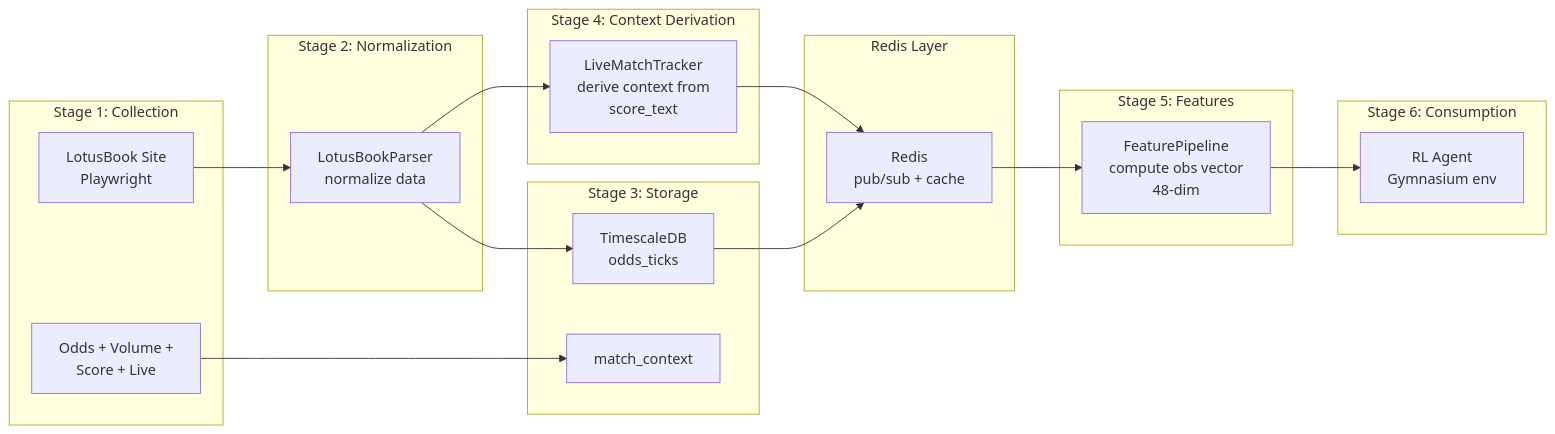
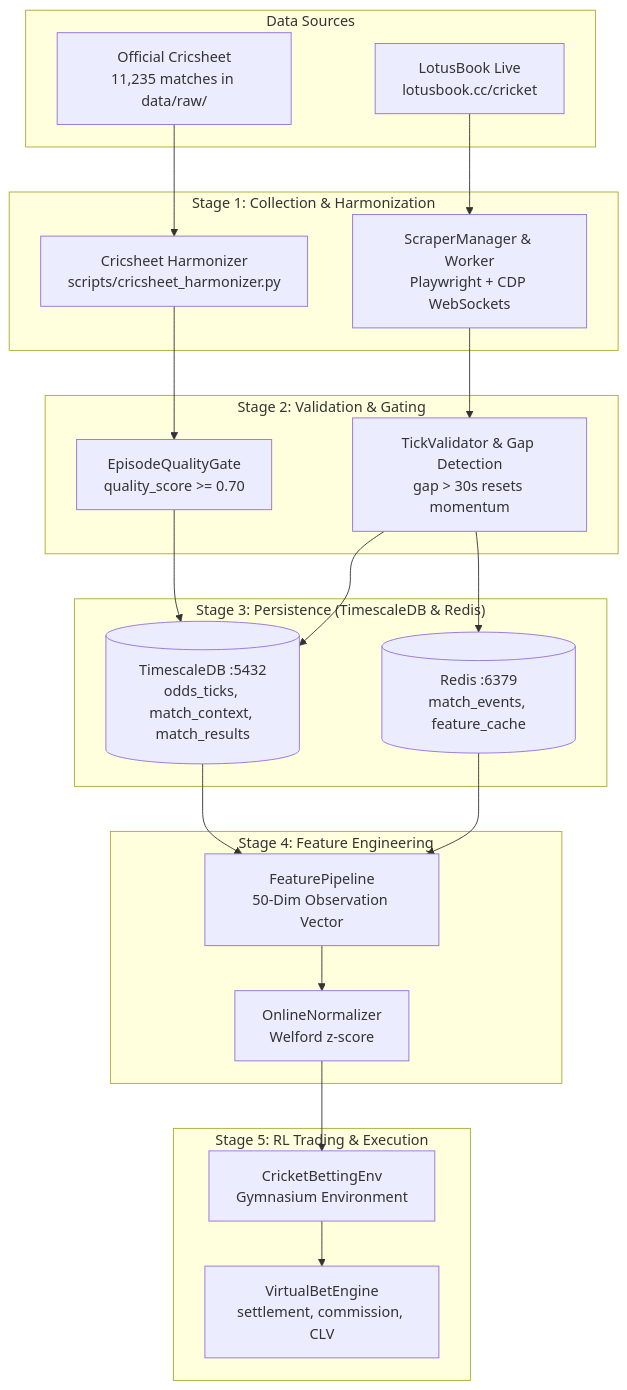
One commit to sohabena/prediction-claude changed the diagram in docs/architecture/03-data-pipeline.md. Above: the diagram before and after it, drawn with Mermaid. The commit also changed other lines of this file and 50 other files, not shown here.

Commit message:
feat(trading): audit and baseline active two-way rate trading pipeline with full docs and UI sync

````diff
--- a/docs/architecture/03-data-pipeline.md
+++ b/docs/architecture/03-data-pipeline.md
@@ -11,41 +13,39 @@
 ```mermaid
-flowchart LR
-    subgraph "Stage 1: Collection"
-        A[LotusBook Site<br/>Playwright]
-        A1[Odds + Volume +<br/>Score + Live]
+flowchart TD
+    subgraph "Data Sources"
+        A[LotusBook Live<br/>lotusbook.cc/cricket]
+        B[Official Cricsheet<br/>11,235 matches in data/raw/]
     end
-    
-    subgraph "Stage 2: Normalization"
-        B[LotusBookParser<br/>normalize data]
+
+    subgraph "Stage 1: Collection & Harmonization"
+        C[ScraperManager & Worker<br/>Playwright + CDP WebSockets]
+        D[Cricsheet Harmonizer<br/>scripts/cricsheet_harmonizer.py]
     end
-    
-    subgraph "Stage 3: Storage"
-        C[TimescaleDB<br/>odds_ticks]
-        C1[match_context]
+
+    subgraph "Stage 2: Validation & Gating"
+        E[EpisodeQualityGate<br/>quality_score >= 0.70]
+        F[TickValidator & Gap Detection<br/>gap > 30s resets momentum]
     end
-    
-    subgraph "Stage 4: Context Derivation"
-        D[LiveMatchTracker<br/>derive context from<br/>score_text]
+
+    subgraph "Stage 3: Persistence (TimescaleDB & Redis)"
+        G[(TimescaleDB :5432<br/>odds_ticks, match_context, match_results)]
+        H[(Redis :6379<br/>match_events, feature_cache)]
     end
-    
-    subgraph "Stage 5: Features"
-        E[FeaturePipeline<br/>compute obs vector<br/>48-dim]
+
+    subgraph "Stage 4: Feature Engineering"
+        I[FeaturePipeline<br/>50-Dim Observation Vector]
+        J[OnlineNormalizer<br/>Welford z-score]
     end
-    
-    subgraph "Stage 6: Consumption"
-        F[RL Agent<br/>Gymnasium env]
+
+    subgraph "Stage 5: RL Trading & Execution"
+        K[CricketBettingEnv<br/>Gymnasium Environment]
+        L[VirtualBetEngine<br/>settlement, commission, CLV]
     end
-    
-    subgraph "Redis Layer"
-        G[Redis<br/>pub/sub + cache]
-    end
-    
-    A --> B
-    B --> C
-    A1 --> C1
+
+    A --> C
     B --> D
-    D --> G
-    G --> E
-    E --> F
-    C --> G
+    C --> F --> H
+    D --> E --> G
+    F --> G
+    G & H --> I --> J --> K --> L
 ```
````
